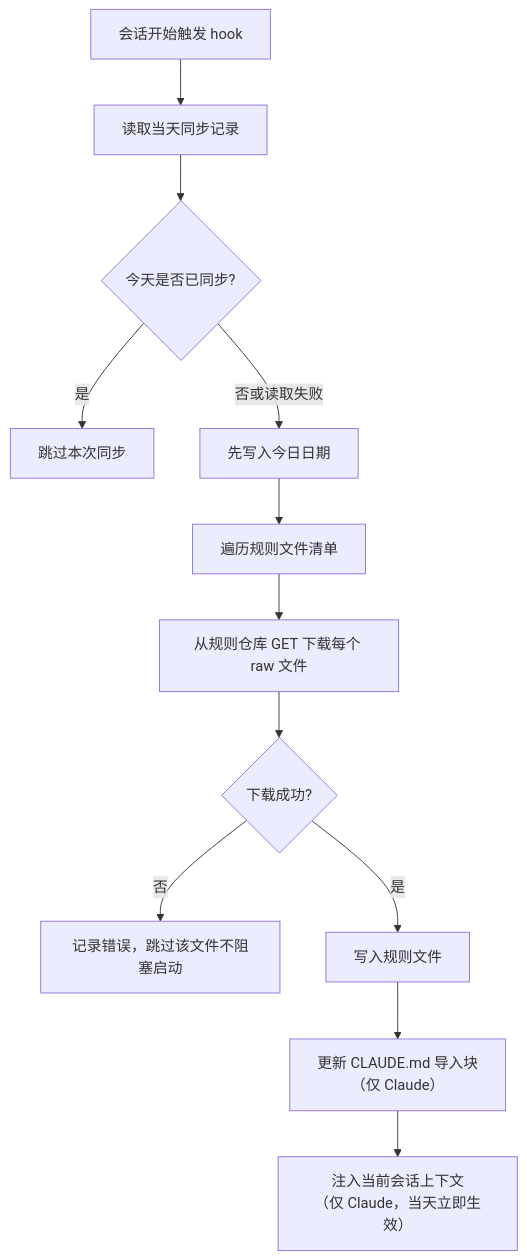
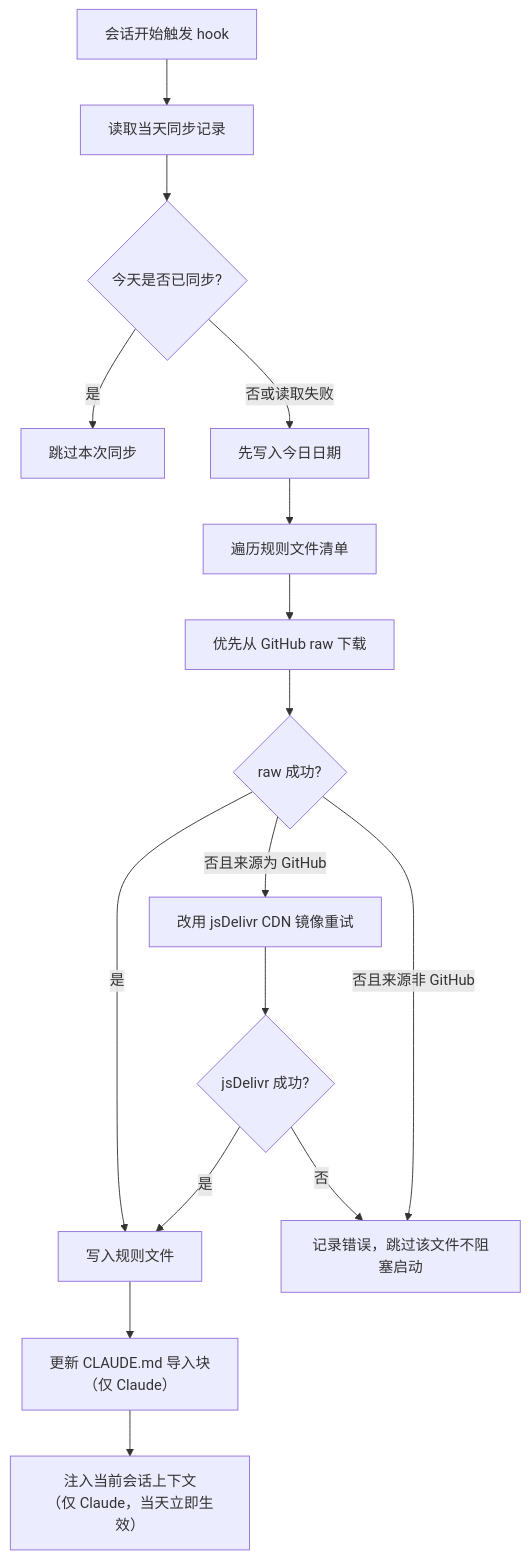
One commit to 44xiao44/CodingAgentGuidelines changed the second of 3 diagrams in README.md. Above: the diagram before and after it, drawn with Mermaid. The commit also changed other lines of this file and 2 other files, not shown here.

Commit message:
feat: 规则下载增加 jsDelivr CDN 兜底重试
- 两个规则 hook：GitHub raw 拉取失败时，自动改用 jsDelivr 镜像重试一次
- 兜底地址由 BASE_URL 自动推导（raw.githubusercontent.com → cdn.jsdelivr.net/gh），
  仅当来源为 GitHub raw 时启用；内网/后端来源不推导、不兜底
- 每次尝试独立超时，避免一次超时影响另一来源
- raw 优先保证拿最新（jsDelivr 分支缓存约 12h）
- README 同步更新流程图与兜底说明

````diff
--- a/README.md
+++ b/README.md
@@ -126,14 +126,18 @@
 ```mermaid
 flowchart TD
     A["会话开始触发 hook"] --> B["读取当天同步记录"]
     B --> C{"今天是否已同步?"}
     C -- "是" --> D["跳过本次同步"]
     C -- "否或读取失败" --> E["先写入今日日期"]
     E --> F["遍历规则文件清单"]
-    F --> G["从规则仓库 GET 下载每个 raw 文件"]
-    G --> H{"下载成功?"}
-    H -- "否" --> I["记录错误，跳过该文件不阻塞启动"]
+    F --> G["优先从 GitHub raw 下载"]
+    G --> H{"raw 成功?"}
     H -- "是" --> J["写入规则文件"]
+    H -- "否且来源为 GitHub" --> M["改用 jsDelivr CDN 镜像重试"]
+    M --> N{"jsDelivr 成功?"}
+    N -- "是" --> J
+    N -- "否" --> I["记录错误，跳过该文件不阻塞启动"]
+    H -- "否且来源非 GitHub" --> I
     J --> K["更新 CLAUDE.md 导入块<br/>（仅 Claude）"]
     K --> L["注入当前会话上下文<br/>（仅 Claude，当天立即生效）"]
 ```
````
